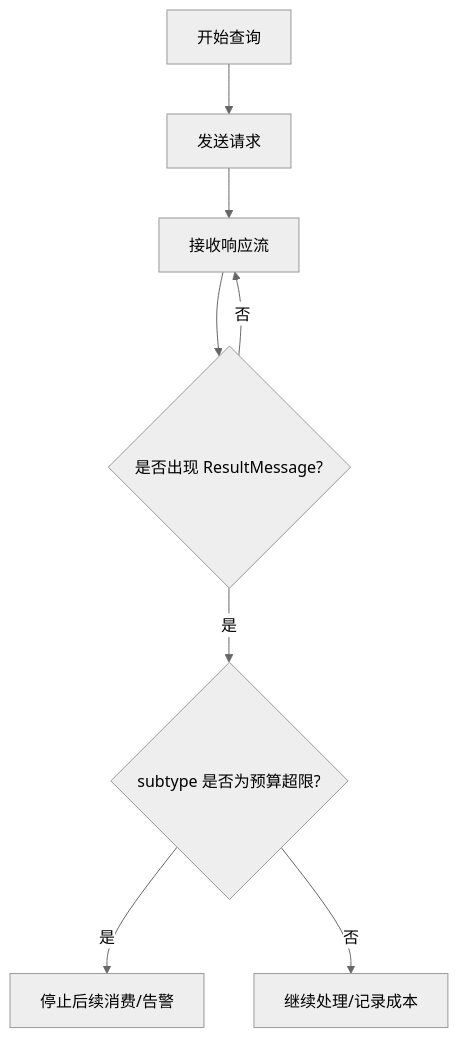
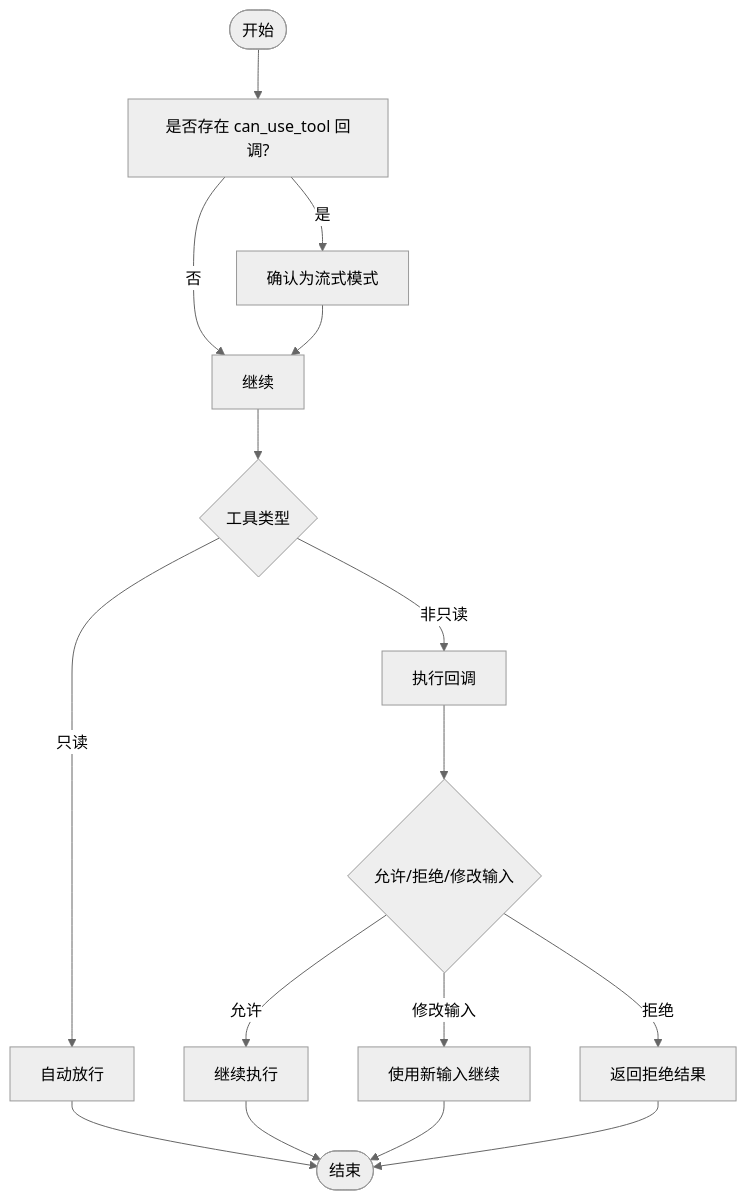
The fifth of 6 diagrams in .qoder/repowiki/zh/content/高级功能/高级功能.md (defulat-coder/claude-agent-sdk-python), drawn with Mermaid (neutral theme) before and after one commit. The commit also changed other lines of this file and 85 other files, not shown here.

````diff
--- a/.qoder/repowiki/zh/content/高级功能/高级功能.md
+++ b/.qoder/repowiki/zh/content/高级功能/高级功能.md
@@ -267,10 +209,18 @@
 ```mermaid
 flowchart TD
-A["开始查询"] --> B["发送请求"]
-B --> C["接收响应流"]
-C --> D{"是否出现 ResultMessage?"}
-D --> |否| C
-D --> |是| E{"subtype 是否为预算超限?"}
-E --> |是| F["停止后续消费/告警"]
-E --> |否| G["继续处理/记录成本"]
+Start(["开始"]) --> CheckCallback["是否存在 can_use_tool 回调?"]
+CheckCallback --> |是| StreamMode["确认为流式模式"]
+CheckCallback --> |否| Next["继续"]
+StreamMode --> Next
+Next --> ToolType{"工具类型"}
+ToolType --> |只读| AutoAllow["自动放行"]
+ToolType --> |非只读| Eval["执行回调"]
+Eval --> Decision{"允许/拒绝/修改输入"}
+Decision --> |允许| Proceed["继续执行"]
+Decision --> |拒绝| Deny["返回拒绝结果"]
+Decision --> |修改输入| Modified["使用新输入继续"]
+AutoAllow --> End(["结束"])
+Proceed --> End
+Modified --> End
+Deny --> End
 ```
````
